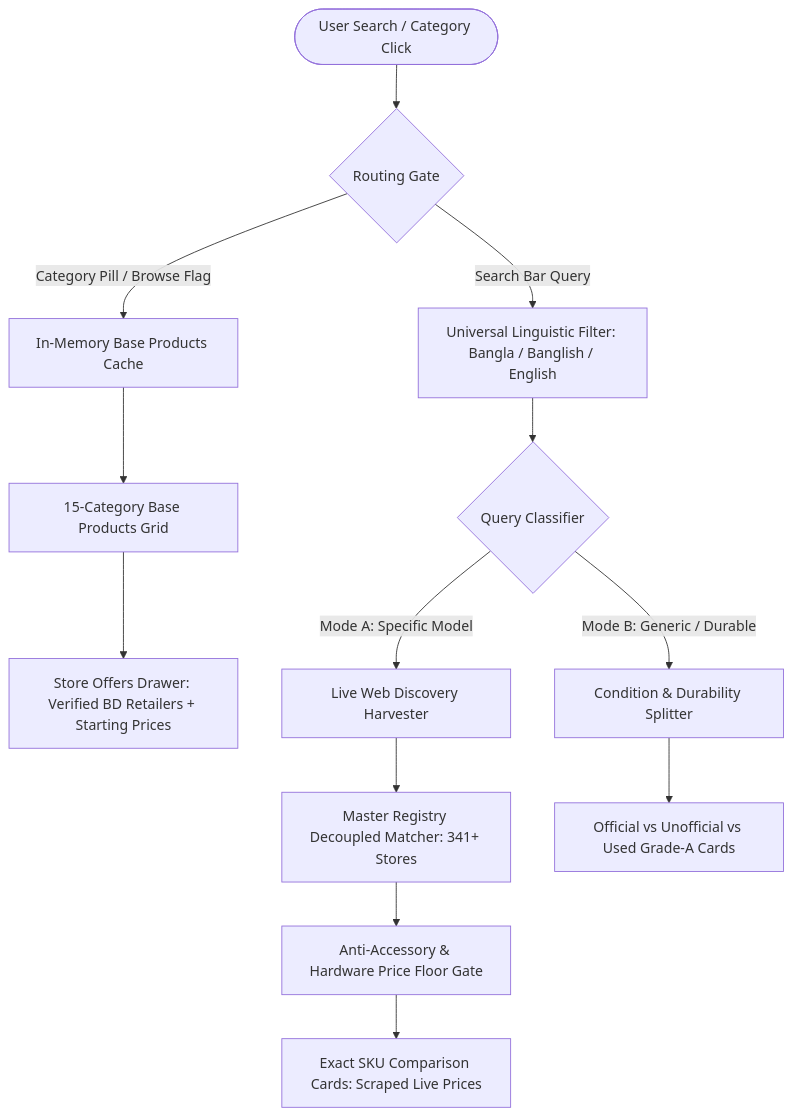
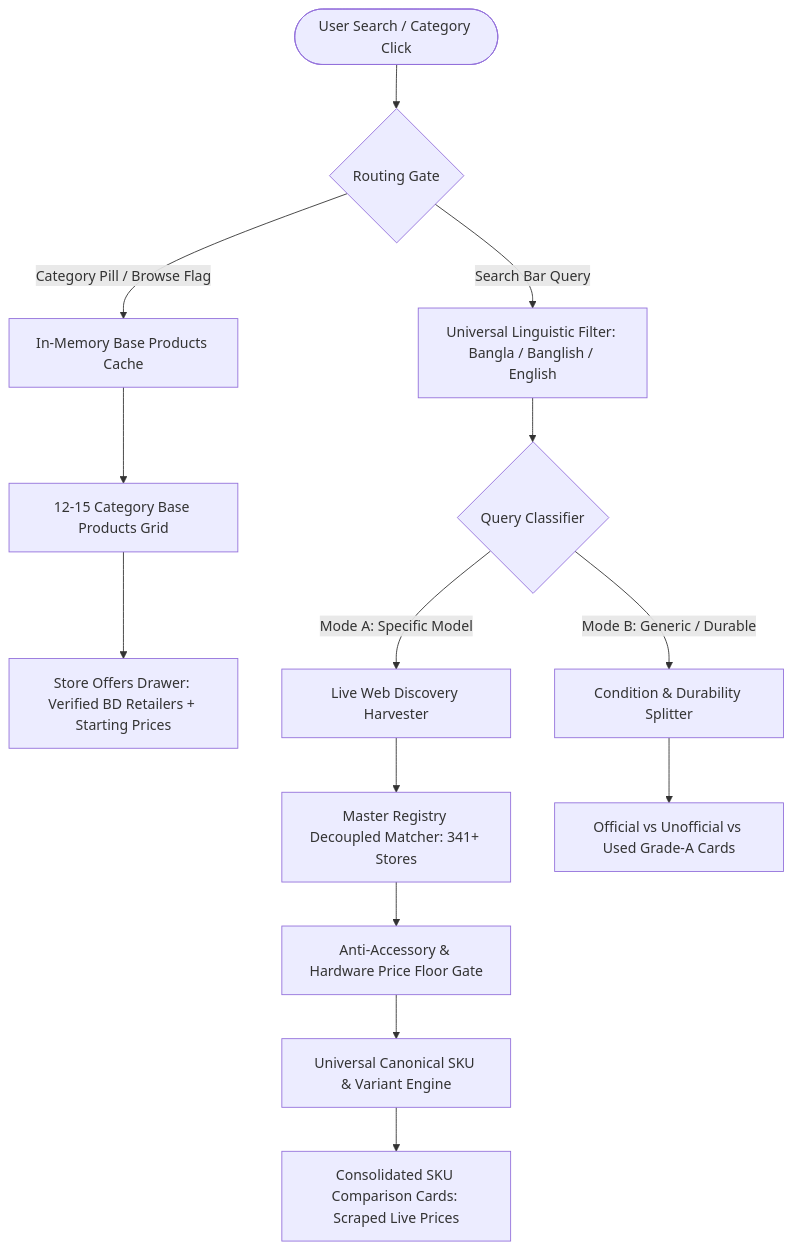
One commit to Zayed1711/JaChai changed the diagram in README.md. Above: the diagram before and after it, drawn with Mermaid. The commit also changed other lines of this file and 4 other files, not shown here.

Commit message:
feat(core): Universal SKU variant engine, suggestion UX polish, and production build readiness

````diff
--- a/README.md
+++ b/README.md
@@ -20,21 +21,22 @@
 ```mermaid
 flowchart TD
     User([User Search / Category Click]) --> Router{Routing Gate}
     
     %% Flow A: Predetermined Base Products Browse
     Router -->|Category Pill / Browse Flag| BrowseCache[In-Memory Base Products Cache]
-    BrowseCache --> BaseCards[15-Category Base Products Grid]
+    BrowseCache --> BaseCards[12-15 Category Base Products Grid]
     BaseCards --> StoreDrawer[Store Offers Drawer: Verified BD Retailers + Starting Prices]
     
     %% Flow B: Specific Model Search
     Router -->|Search Bar Query| LingualFilter[Universal Linguistic Filter: Bangla / Banglish / English]
     LingualFilter --> Classifier{Query Classifier}
     
     Classifier -->|Mode A: Specific Model| WideHarvester[Live Web Discovery Harvester]
     WideHarvester --> RegistryMatcher[Master Registry Decoupled Matcher: 341+ Stores]
     RegistryMatcher --> AntiTrap[Anti-Accessory & Hardware Price Floor Gate]
-    AntiTrap --> ModeACards[Exact SKU Comparison Cards: Scraped Live Prices]
+    AntiTrap --> CanonicalSKU[Universal Canonical SKU & Variant Engine]
+    CanonicalSKU --> ModeACards[Consolidated SKU Comparison Cards: Scraped Live Prices]
     
     Classifier -->|Mode B: Generic / Durable| ConditionSplitter[Condition & Durability Splitter]
     ConditionSplitter --> ModeBCards[Official vs Unofficial vs Used Grade-A Cards]
 ```
````
